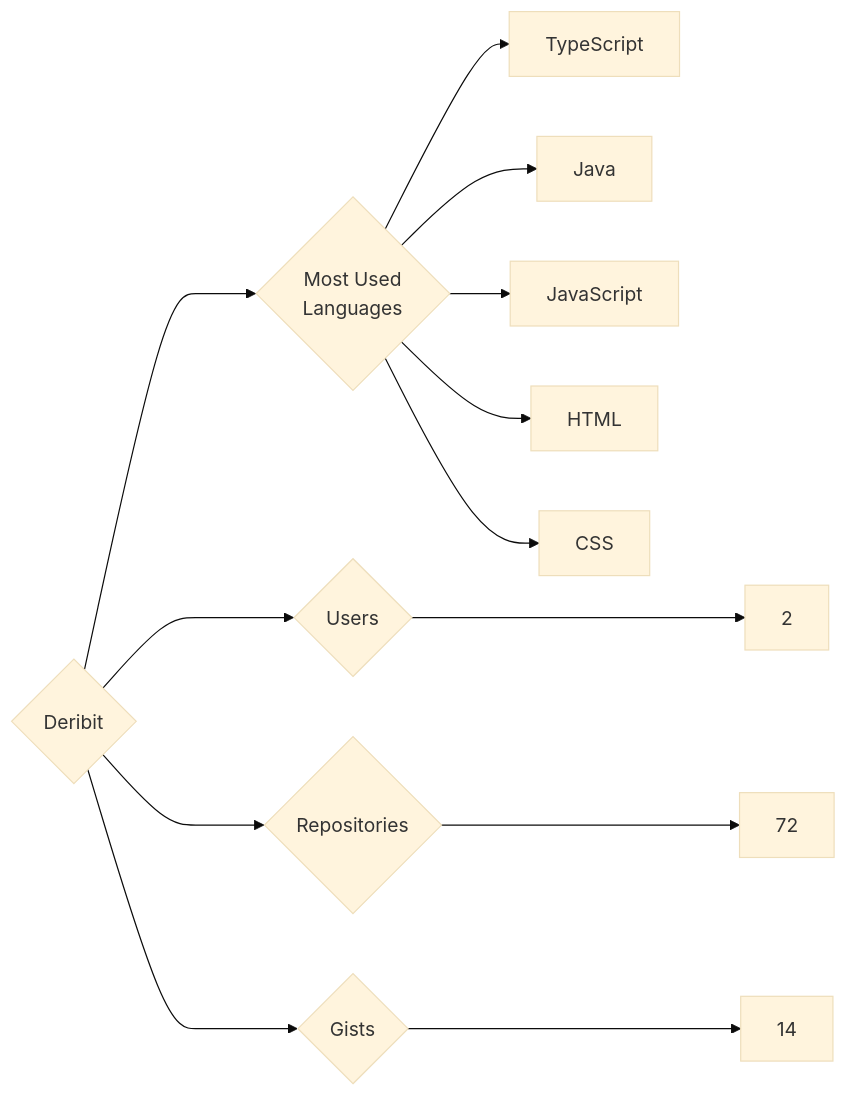
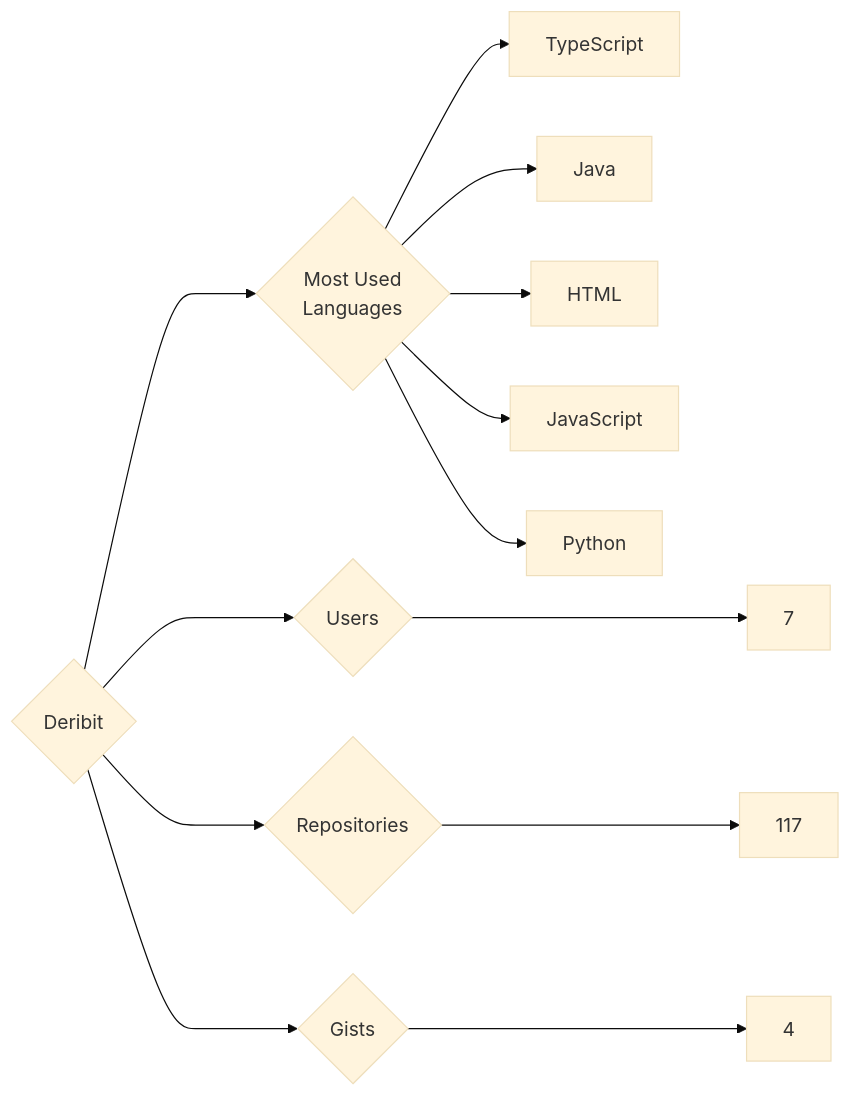
One commit to trickest/insiders changed the diagram in targets/Deribit/README.md. Above: the diagram before and after it, drawn with Mermaid (base theme). The commit also changed 1166 other files, not shown here.

````diff
--- a/targets/Deribit/README.md
+++ b/targets/Deribit/README.md
@@ -3,13 +3,13 @@
 ```mermaid
 graph LR
 COMPANY_NAME{Deribit}
-COMPANY_NAME ---> U{Users} ---> UN[2]
-COMPANY_NAME ---> R{Repositories} ---> RN[72]
-COMPANY_NAME ---> G{Gists} ---> GN[14]
+COMPANY_NAME ---> U{Users} ---> UN[7]
+COMPANY_NAME ---> R{Repositories} ---> RN[117]
+COMPANY_NAME ---> G{Gists} ---> GN[4]
 COMPANY_NAME ---> ML{Most Used<br>Languages}
 ML --> TypeScript[TypeScript]
 ML --> Java[Java]
+ML --> HTML[HTML]
 ML --> JavaScript[JavaScript]
-ML --> HTML[HTML]
-ML --> CSS[CSS]
+ML --> Python[Python]
 ```
````
